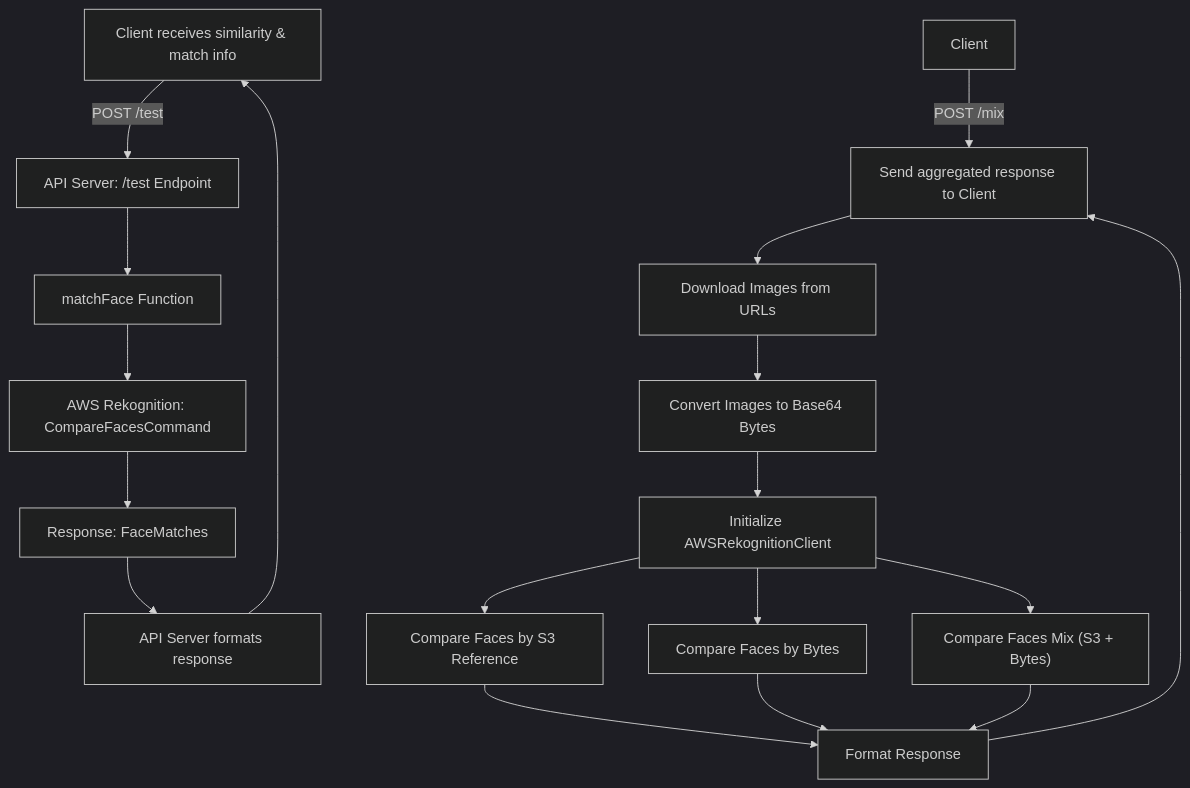
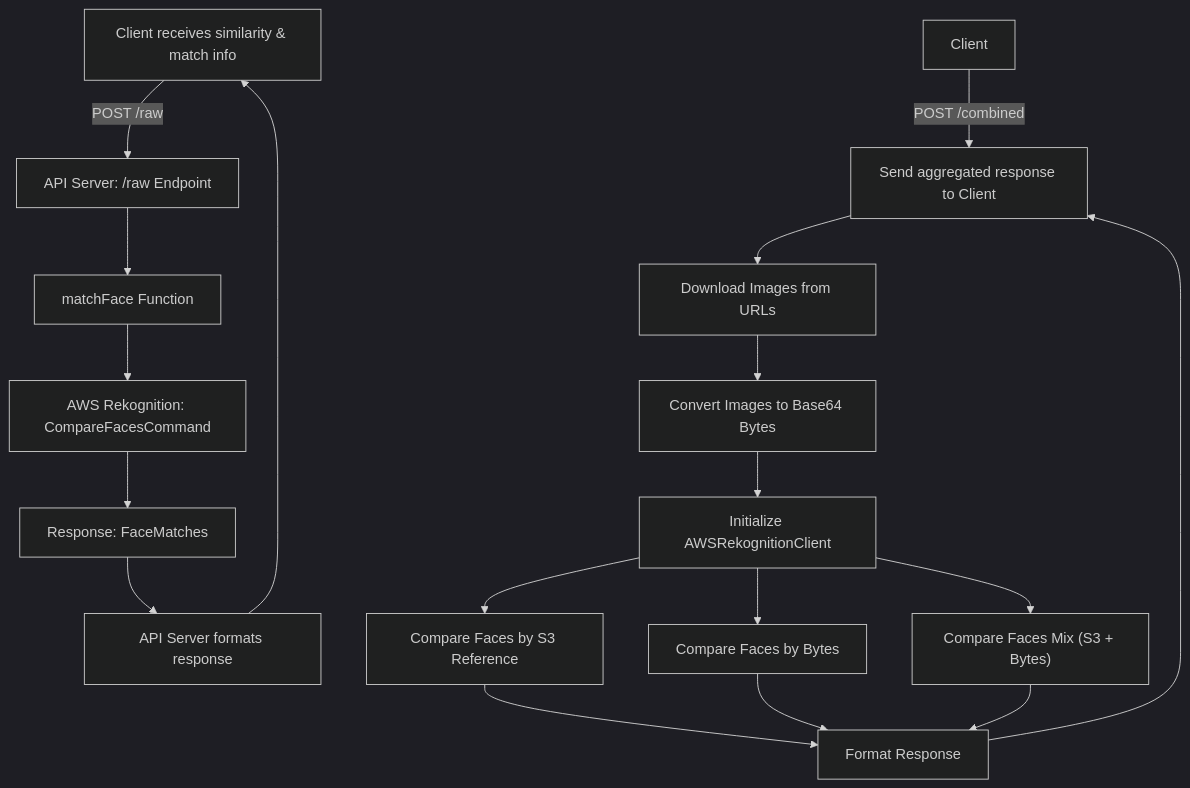
Before and after one commit to mirzaazwad/FaceMatchWithRekognition: the diagram in README.md, drawn with Mermaid (dark theme). The commit also changed other lines of this file, not shown here.

````diff
--- a/README.md
+++ b/README.md
@@ -184,22 +240,22 @@
 ```mermaid
     flowchart TD
-        A[Client] -->|POST /test| B[API Server: /test Endpoint]
+        A[Client] -->|POST /raw| B[API Server: /raw Endpoint]
         B --> C[matchFace Function]
         C --> D[AWS Rekognition: CompareFacesCommand]
         D --> E[Response: FaceMatches]
         E --> F[API Server formats response]
         F --> A[Client receives similarity & match info]
 
-        %% Mix Endpoint
-        A2[Client] -->|POST /mix| B2[API Server: /mix Endpoint]
+        %% Combined Endpoint
+        A2[Client] -->|POST /combined| B2[API Server: /combined Endpoint]
         B2 --> C2[Download Images from URLs]
         C2 --> D2[Convert Images to Base64 Bytes]
         D2 --> E2[Initialize AWSRekognitionClient]
         E2 --> F2["Compare Faces by S3 Reference"]
         E2 --> G2["Compare Faces by Bytes"]
         E2 --> H2["Compare Faces Mix (S3 + Bytes)"]
         F2 --> I2[Format Response]
         G2 --> I2
         H2 --> I2
         I2 --> B2[Send aggregated response to Client]
 ```
````
